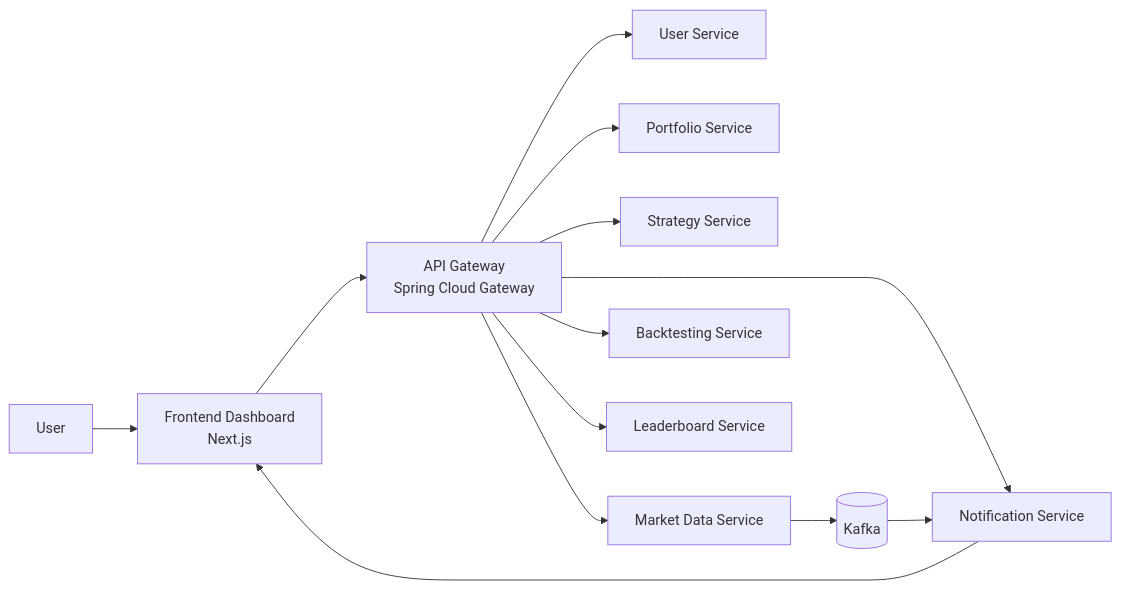
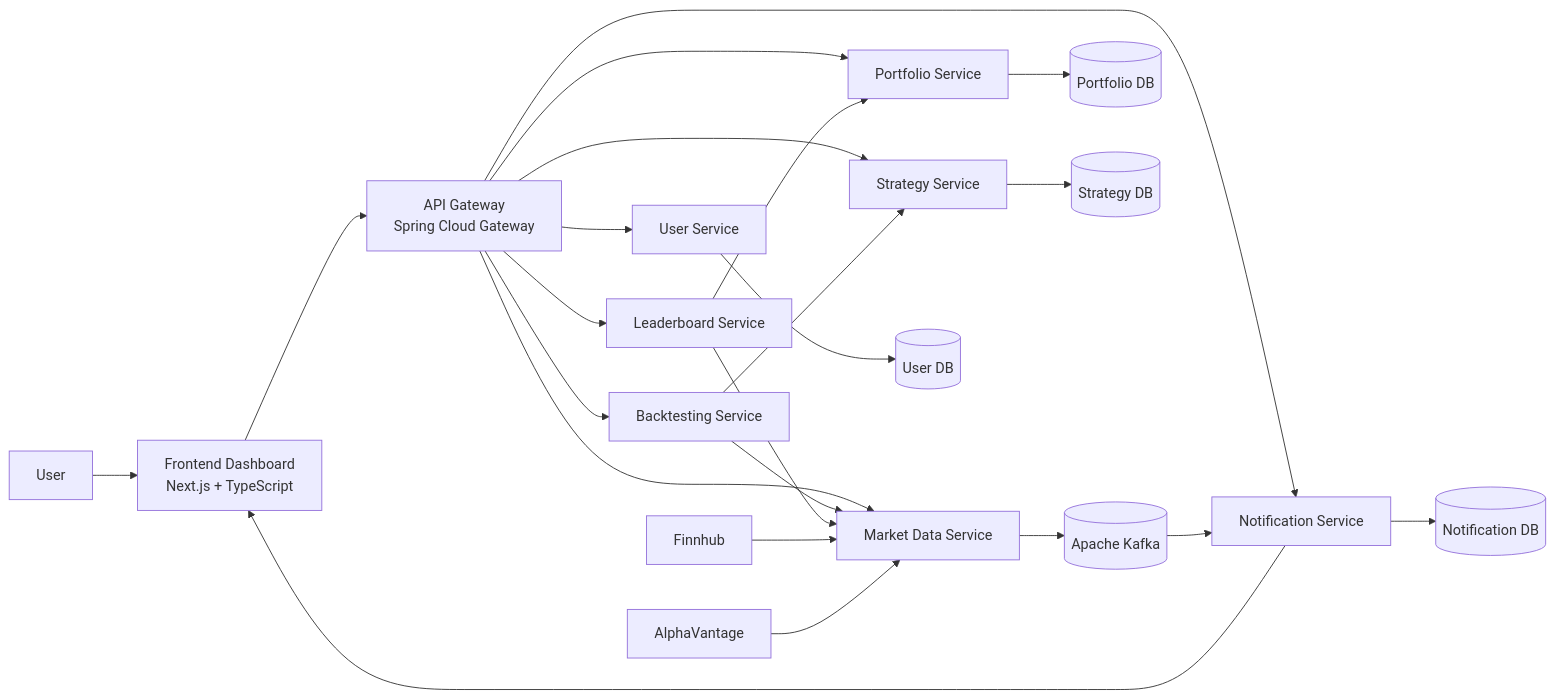
Before and after one commit to UtkarshAlshi/tradewise-monorepo: the diagram in README.md, drawn with Mermaid. The commit also changed other lines of this file, not shown here.

````diff
--- a/README.md
+++ b/README.md
@@ -41,32 +41,54 @@
 ```mermaid
 flowchart LR
     U[User]
-    FE[Frontend Dashboard<br/>Next.js]
+    FE[Frontend Dashboard<br/>Next.js + TypeScript]
 
     GW[API Gateway<br/>Spring Cloud Gateway]
 
     US[User Service]
     PS[Portfolio Service]
     SS[Strategy Service]
     MDS[Market Data Service]
     BTS[Backtesting Service]
     NS[Notification Service]
     LS[Leaderboard Service]
 
-    K[(Kafka)]
+    K[(Apache Kafka)]
 
-    U --> FE --> GW
+    PGU[(User DB)]
+    PGP[(Portfolio DB)]
+    PGS[(Strategy DB)]
+    PGN[(Notification DB)]
+
+    FH[Finnhub]
+    AV[AlphaVantage]
+
+    U --> FE
+    FE --> GW
 
     GW --> US
     GW --> PS
     GW --> SS
     GW --> MDS
     GW --> BTS
     GW --> NS
     GW --> LS
 
+    US --> PGU
+    PS --> PGP
+    SS --> PGS
+    NS --> PGN
+
+    BTS --> SS
+    BTS --> MDS
+
+    LS --> PS
+    LS --> MDS
+
+    FH --> MDS
+    AV --> MDS
     MDS --> K
     K --> NS
 
     NS --> FE
 ```
````
